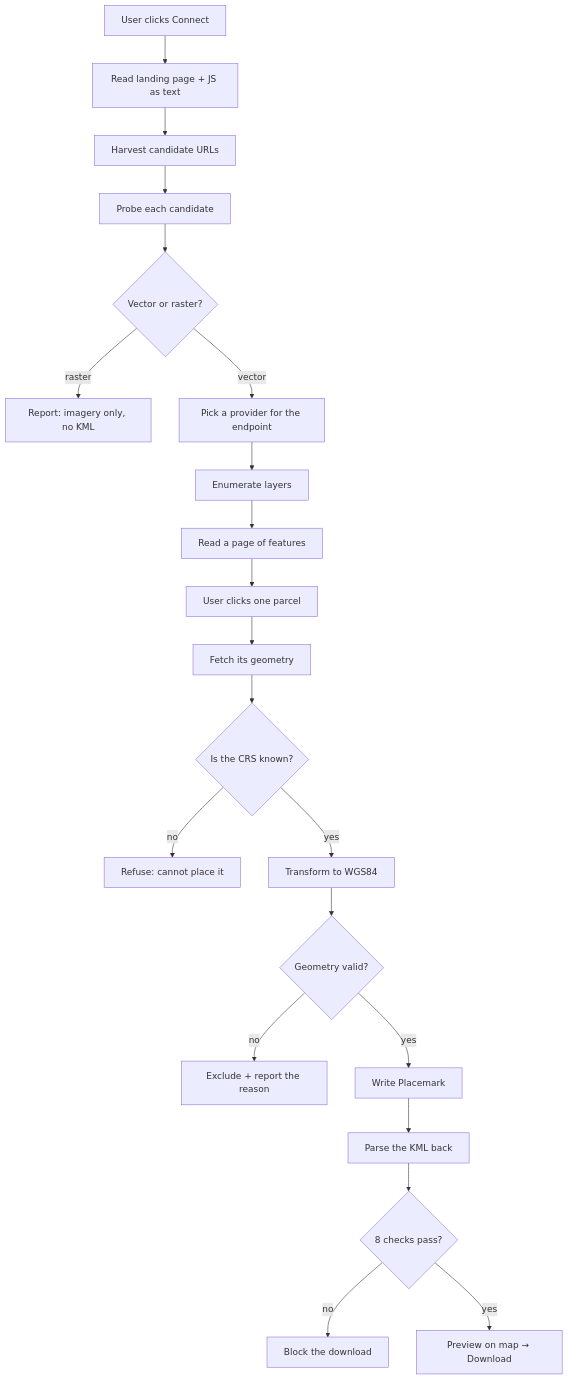
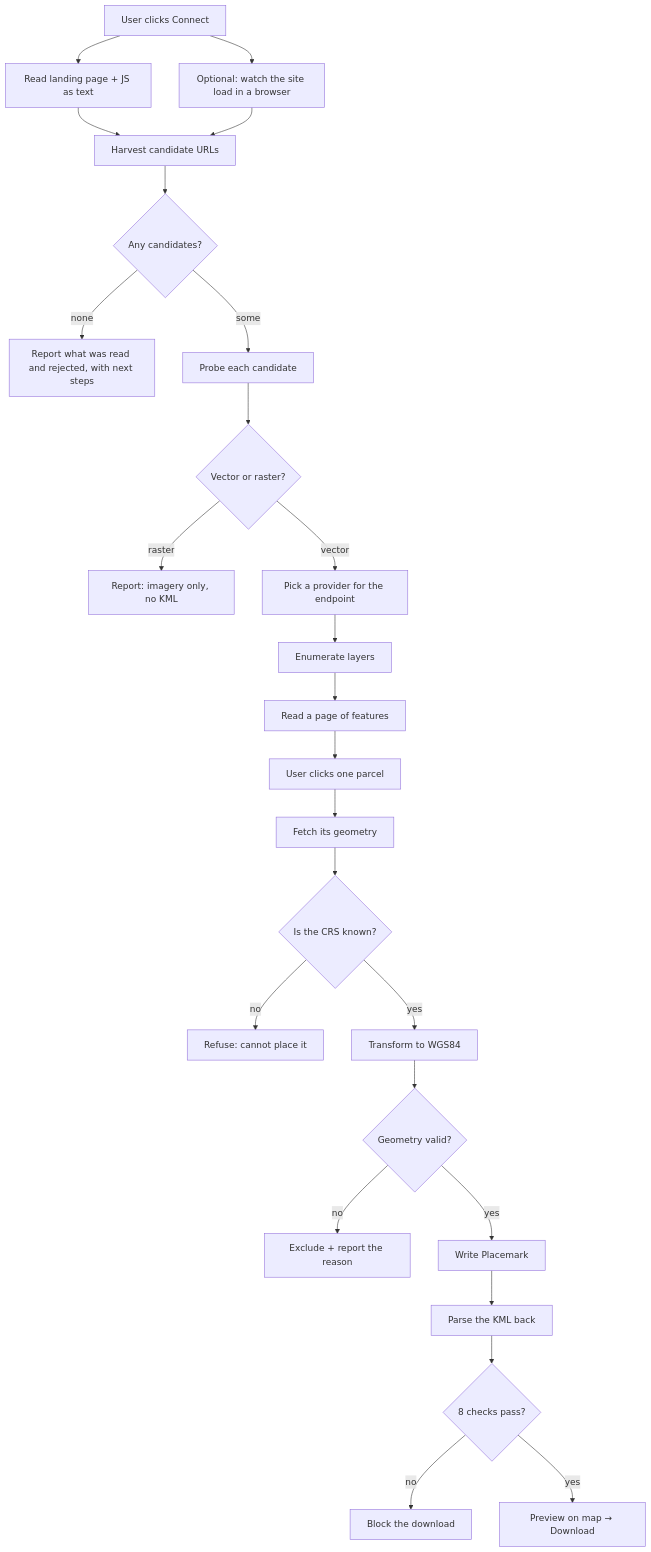
Before and after one commit to VihanPandya/townplanmap-kml-extractor: the first of 4 diagrams in docs/HOW-IT-WORKS.md, drawn with Mermaid. The commit also changed other lines of this file and 22 other files, not shown here.

````diff
--- a/docs/HOW-IT-WORKS.md
+++ b/docs/HOW-IT-WORKS.md
@@ -44,23 +44,27 @@
 ```mermaid
 flowchart TD
     A["User clicks Connect"] --> B["Read landing page + JS as text"]
+    A --> B2["Optional: watch the site load in a browser"]
     B --> C["Harvest candidate URLs"]
-    C --> D["Probe each candidate"]
+    B2 --> C
+    C --> C2{"Any candidates?"}
+    C2 -->|none| W["Report what was read and rejected, with next steps"]
+    C2 -->|some| D["Probe each candidate"]
     D --> E{"Vector or raster?"}
     E -->|raster| X["Report: imagery only, no KML"]
     E -->|vector| F["Pick a provider for the endpoint"]
     F --> G["Enumerate layers"]
     G --> H["Read a page of features"]
     H --> I["User clicks one parcel"]
     I --> J["Fetch its geometry"]
     J --> K{"Is the CRS known?"}
     K -->|no| Y["Refuse: cannot place it"]
     K -->|yes| L["Transform to WGS84"]
     L --> M{"Geometry valid?"}
     M -->|no| Z["Exclude + report the reason"]
     M -->|yes| N["Write Placemark"]
     N --> O["Parse the KML back"]
     O --> P{"8 checks pass?"}
     P -->|no| Q["Block the download"]
     P -->|yes| R["Preview on map → Download"]
 ```
````
